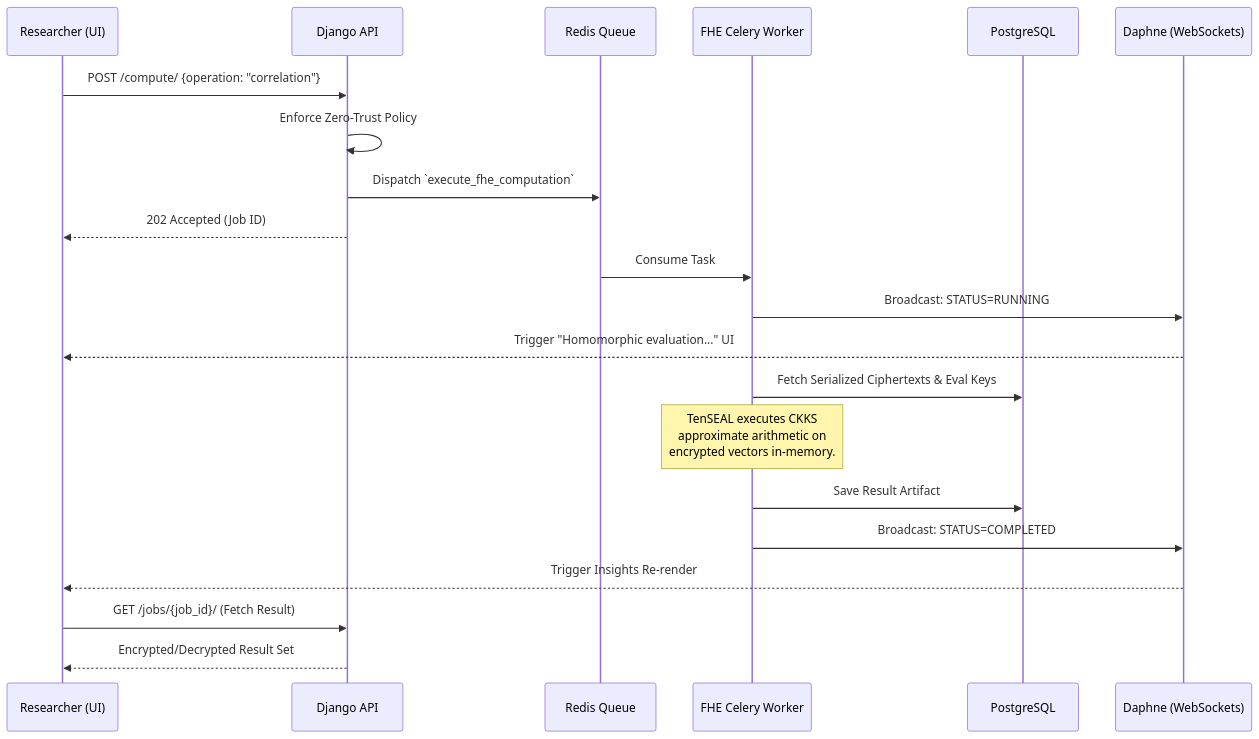
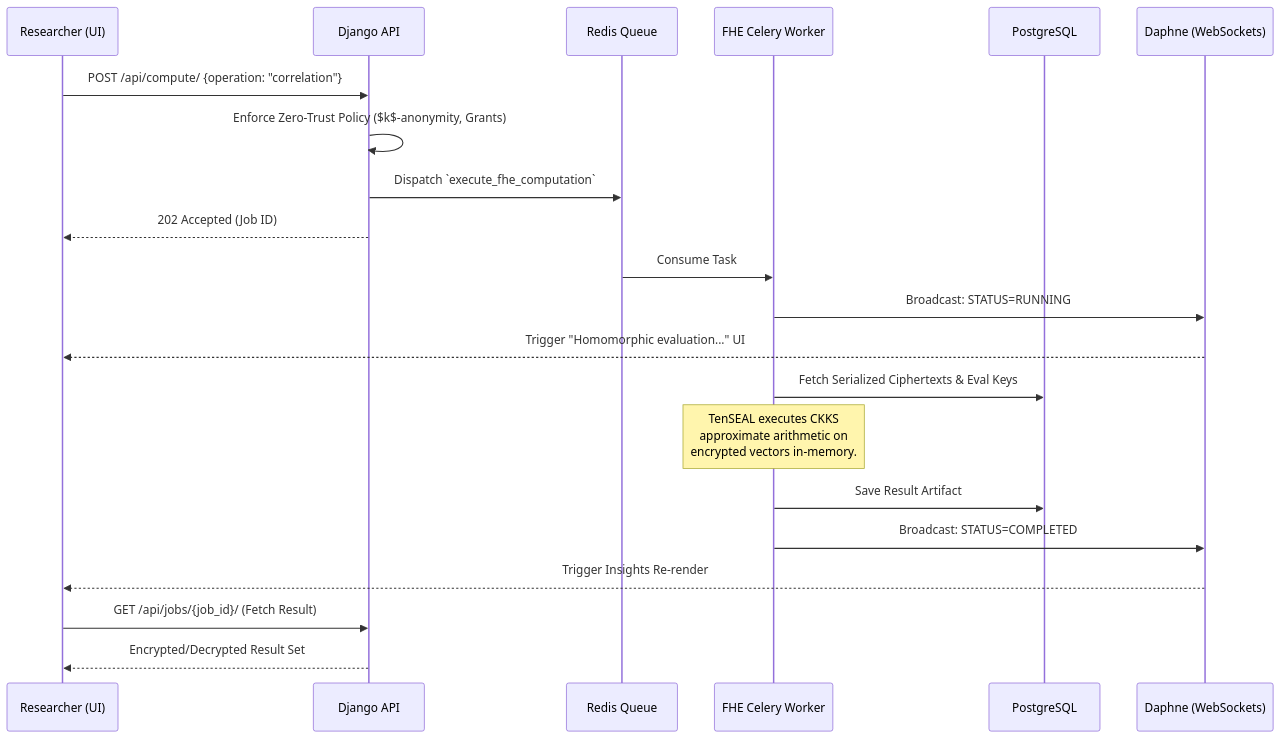
The second of 2 diagrams in README.md (ashif-ek/cipher-analytics), drawn with Mermaid before and after one commit. The commit also changed other lines of this file, not shown here.

Commit message:
docs: update README with current split-screen architecture, landing page, and tech stack specs

````diff
--- a/README.md
+++ b/README.md
@@ -86,27 +89,27 @@
 ```mermaid
 sequenceDiagram
     participant U as Researcher (UI)
     participant API as Django API
     participant Q as Redis Queue
     participant W as FHE Celery Worker
     participant DB as PostgreSQL
     participant WS as Daphne (WebSockets)
 
-    U->>API: POST /compute/ {operation: "correlation"}
-    API->>API: Enforce Zero-Trust Policy
+    U->>API: POST /api/compute/ {operation: "correlation"}
+    API->>API: Enforce Zero-Trust Policy ($k$-anonymity, Grants)
     API->>Q: Dispatch `execute_fhe_computation`
     API-->>U: 202 Accepted (Job ID)
     
     Q->>W: Consume Task
     W->>WS: Broadcast: STATUS=RUNNING
     WS-->>U: Trigger "Homomorphic evaluation..." UI
     
     W->>DB: Fetch Serialized Ciphertexts & Eval Keys
     Note over W: TenSEAL executes CKKS<br/>approximate arithmetic on<br/>encrypted vectors in-memory.
     W->>DB: Save Result Artifact
     
     W->>WS: Broadcast: STATUS=COMPLETED
     WS-->>U: Trigger Insights Re-render
-    U->>API: GET /jobs/{job_id}/ (Fetch Result)
+    U->>API: GET /api/jobs/{job_id}/ (Fetch Result)
     API-->>U: Encrypted/Decrypted Result Set
 ```
````
